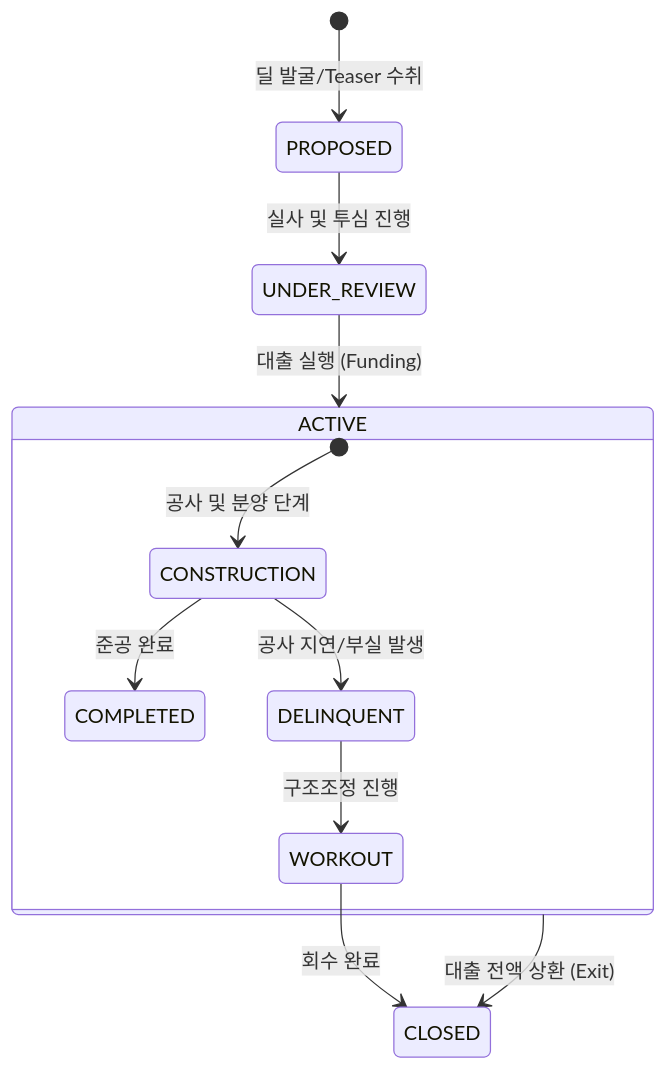
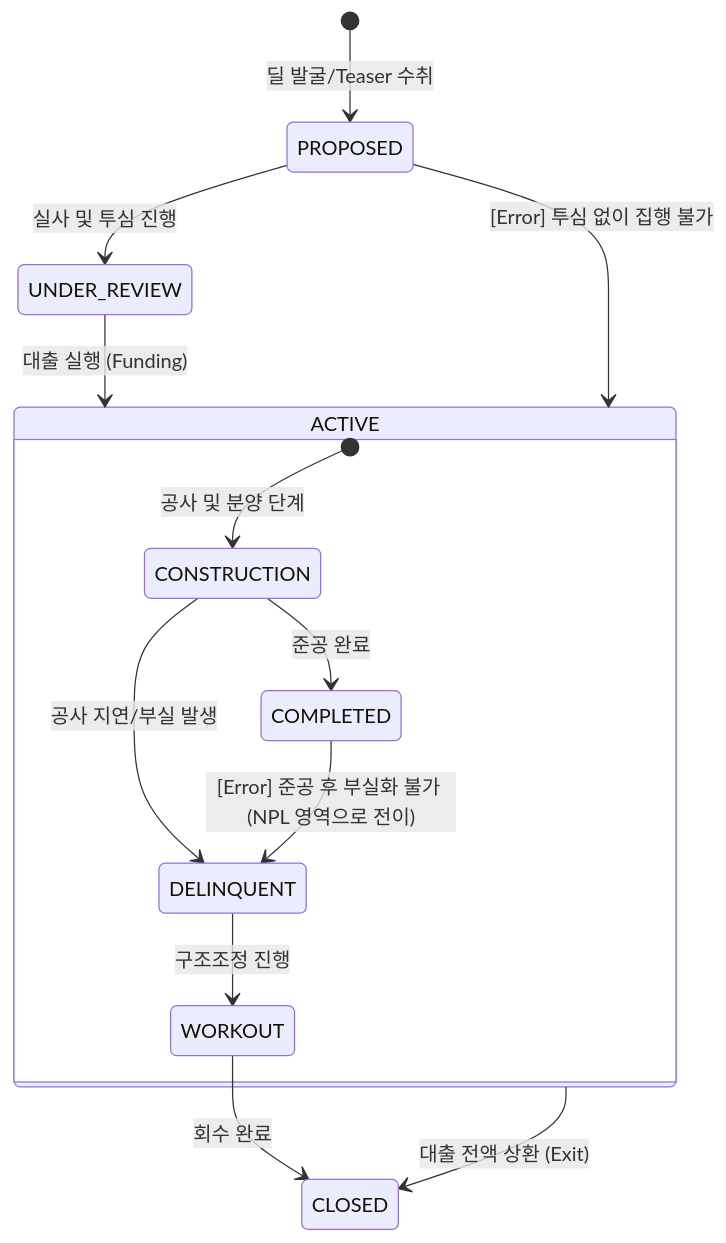
The diagram in src/03_Assets_Verticals/PF/PF_Deal_Lifecycle.md (kbgkim/ib_wiki), drawn with Mermaid before and after one commit. The commit also changed other lines of this file and 10 other files, not shown here.

````diff
--- a/src/03_Assets_Verticals/PF/PF_Deal_Lifecycle.md
+++ b/src/03_Assets_Verticals/PF/PF_Deal_Lifecycle.md
@@ -12,16 +12,20 @@
 ```mermaid
 stateDiagram-v2
     [*] --> PROPOSED: 딜 발굴/Teaser 수취
     PROPOSED --> UNDER_REVIEW: 실사 및 투심 진행
     UNDER_REVIEW --> ACTIVE: 대출 실행 (Funding)
     
     state ACTIVE {
         [*] --> CONSTRUCTION: 공사 및 분양 단계
         CONSTRUCTION --> COMPLETED: 준공 완료
         CONSTRUCTION --> DELINQUENT: 공사 지연/부실 발생
         DELINQUENT --> WORKOUT: 구조조정 진행
     }
     
     ACTIVE --> CLOSED: 대출 전액 상환 (Exit)
     WORKOUT --> CLOSED: 회수 완료
+    
+    %% Invalid Transitions (명시적 금지)
+    PROPOSED --> ACTIVE: [Error] 투심 없이 집행 불가
+    COMPLETED --> DELINQUENT: [Error] 준공 후 부실화 불가 (NPL 영역으로 전이)
 ```
````
